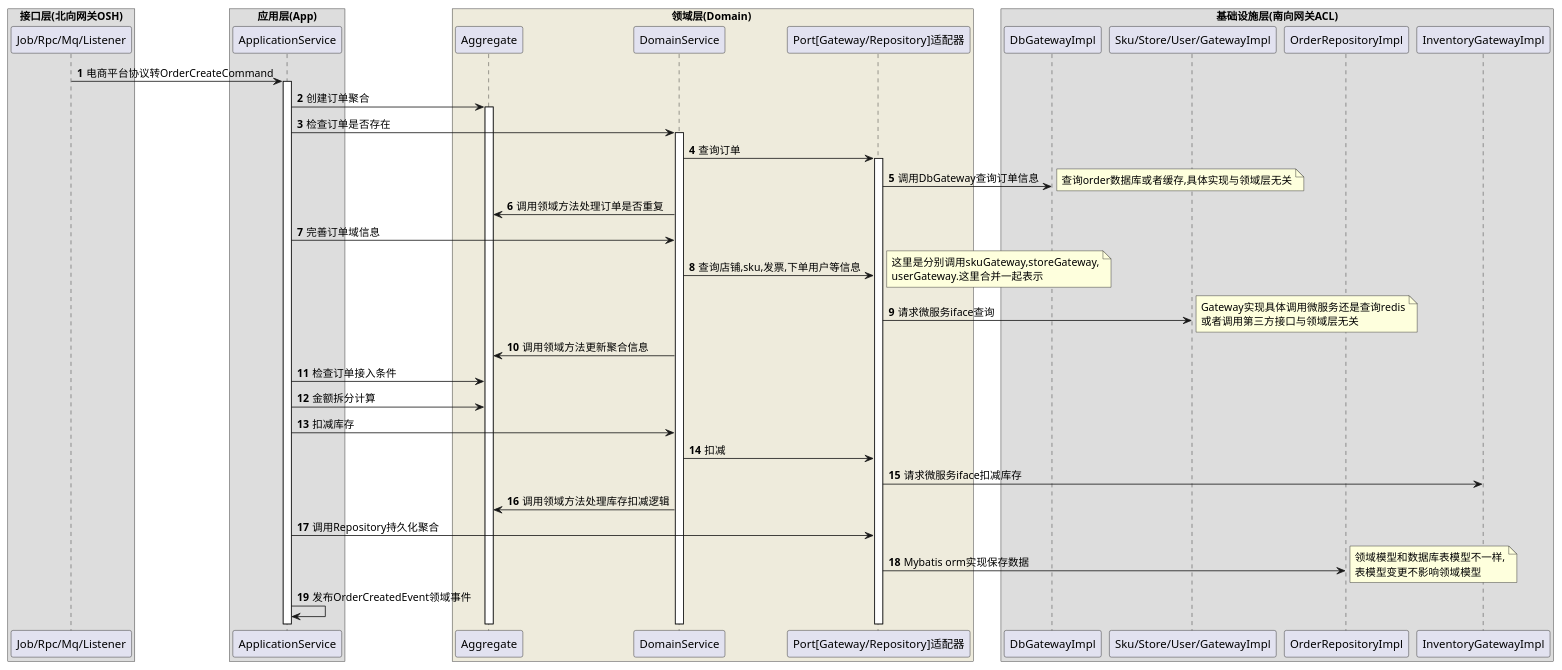
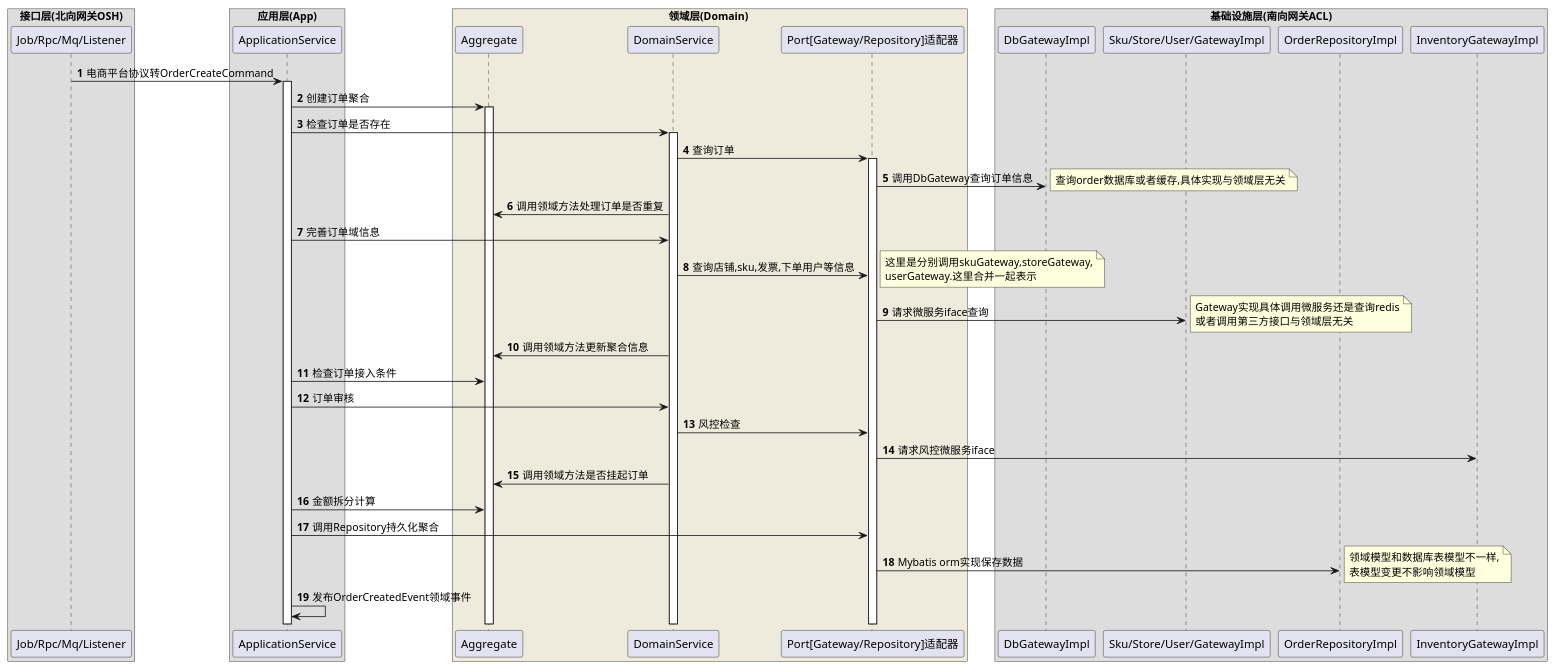
The diagram in doc/sequence/创建订单.puml (3thinkthendoit/think-oms), drawn with PlantUML before and after one commit. The commit also changed 13 other files, not shown here.

```diff
--- a/doc/sequence/创建订单.puml
+++ b/doc/sequence/创建订单.puml
@@ -1,62 +1,62 @@
 @startuml
 'https://plantuml.com/sequence-diagram
 autonumber
 participant "Port[Gateway/Repository]适配器" as Port
 
 box 接口层(北向网关OSH)
 participant "Job/Rpc/Mq/Listener"
 end box
 box 应用层(App)
 participant ApplicationService
 end box
 box 领域层(Domain) #EEEBDC
 participant Aggregate
 participant DomainService
 participant Port
 end box
 box 基础设施层(南向网关ACL)
 participant DbGatewayImpl
 participant "Sku/Store/User/GatewayImpl"
 participant OrderRepositoryImpl
 participant InventoryGatewayImpl
 end box
 
 "Job/Rpc/Mq/Listener" -> ApplicationService: 电商平台协议转OrderCreateCommand
 activate ApplicationService
 ApplicationService -> Aggregate:创建订单聚合
 activate Aggregate
 ApplicationService -> DomainService:检查订单是否存在
 activate DomainService
 DomainService ->  Port:查询订单
 activate Port
 Port -> DbGatewayImpl:调用DbGateway查询订单信息
 note right
   查询order数据库或者缓存,具体实现与领域层无关
 end note
 DomainService -> Aggregate:调用领域方法处理订单是否重复
 ApplicationService -> DomainService:完善订单域信息
 DomainService ->  Port:查询店铺,sku,发票,下单用户等信息
 note right
   这里是分别调用skuGateway,storeGateway,
   userGateway.这里合并一起表示
 end note
 Port -> "Sku/Store/User/GatewayImpl": 请求微服务iface查询
 note right
   Gateway实现具体调用微服务还是查询redis
   或者调用第三方接口与领域层无关
 end note
 DomainService -> Aggregate:调用领域方法更新聚合信息
 ApplicationService -> Aggregate:检查订单接入条件
+ApplicationService -> DomainService:订单审核
+DomainService ->  Port:风控检查
+Port -> InventoryGatewayImpl: 请求风控微服务iface
+DomainService -> Aggregate:调用领域方法是否挂起订单
 ApplicationService -> Aggregate:金额拆分计算
-ApplicationService -> DomainService:扣减库存
-DomainService ->  Port:扣减
-Port -> InventoryGatewayImpl: 请求微服务iface扣减库存
-DomainService -> Aggregate:调用领域方法处理库存扣减逻辑
 ApplicationService -> Port:调用Repository持久化聚合
 Port ->OrderRepositoryImpl: Mybatis orm实现保存数据
 note right
   领域模型和数据库表模型不一样,
   表模型变更不影响领域模型
 end note
 ApplicationService ->ApplicationService:发布OrderCreatedEvent领域事件
 @enduml
```
